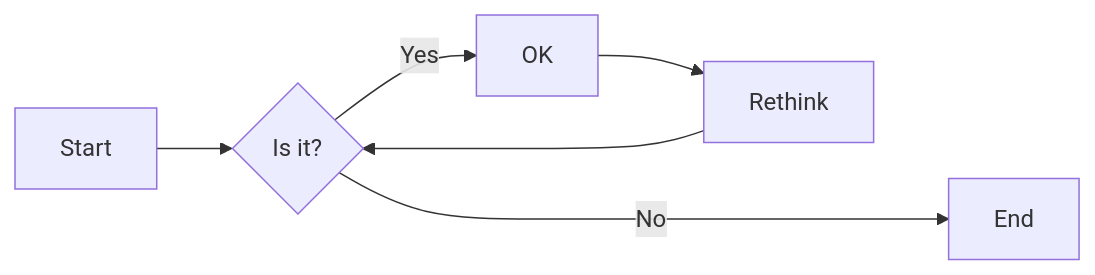
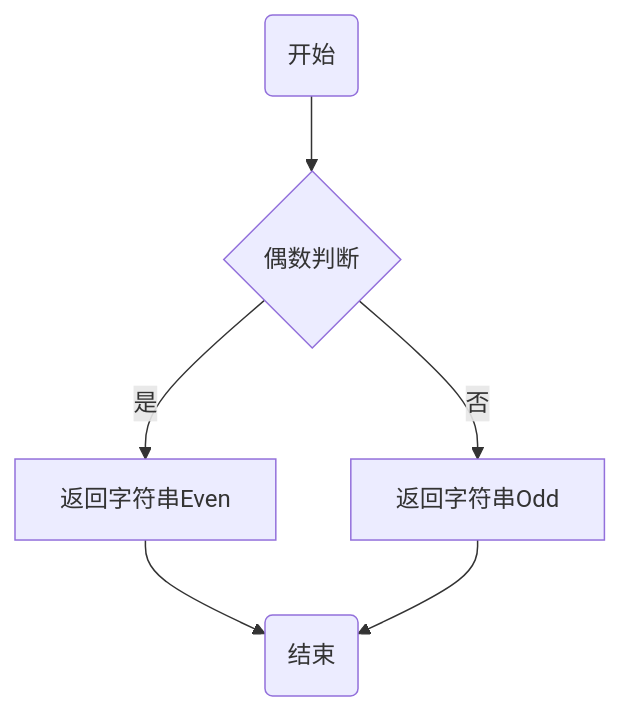
One commit to kaihuang614/python_tasks changed the third of 3 diagrams in Experiments/experiment2.md. Above: the diagram before and after it, drawn with Mermaid. The commit also changed other lines of this file and 4 other files, not shown here.

````diff
--- a/Experiments/experiment2.md
+++ b/Experiments/experiment2.md
@@ -142,8 +191,8 @@
 ```mermaid
-flowchart LR
-    A[Start] --> B{Is it?}
-    B -->|Yes| C[OK]
-    C --> D[Rethink]
-    D --> B
-    B ---->|No| E[End]
+graph TD
+A(开始) --> B{偶数判断}
+B -- 是 --> C[返回字符串Even]
+C --> D(结束)
+B -- 否 --> E[返回字符串Odd]
+E --> D
 ```
````
